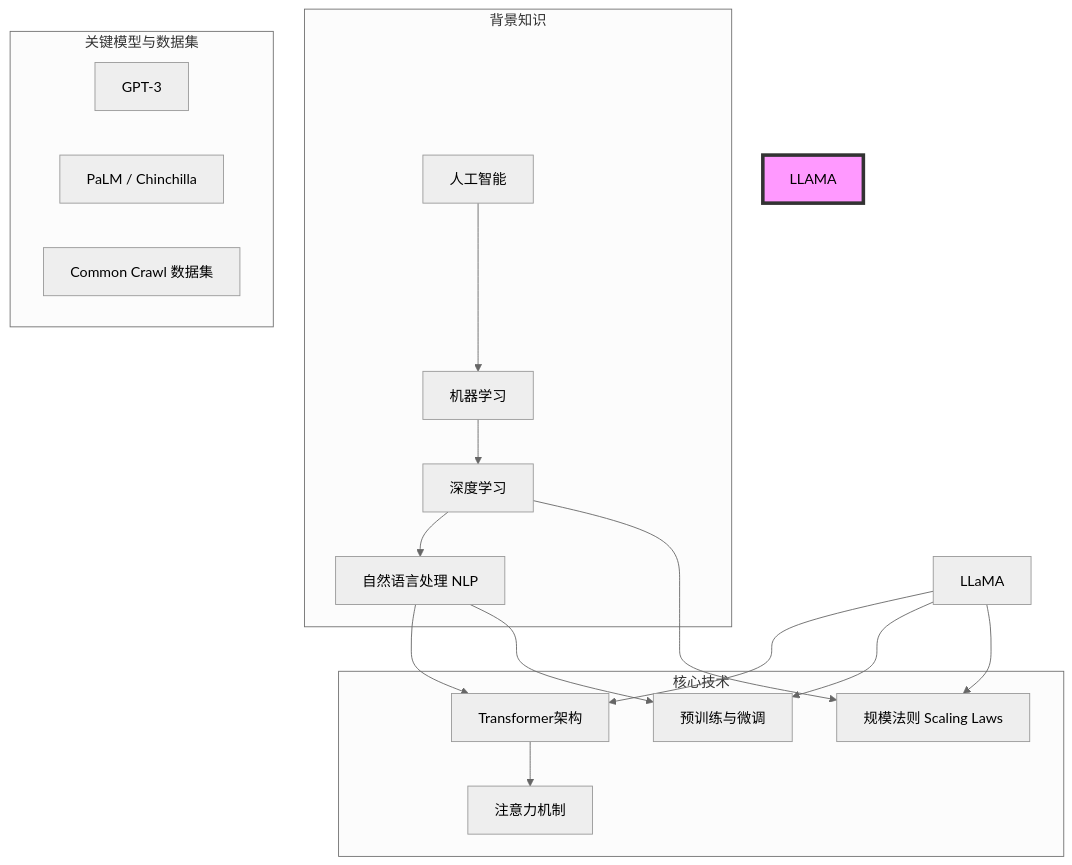
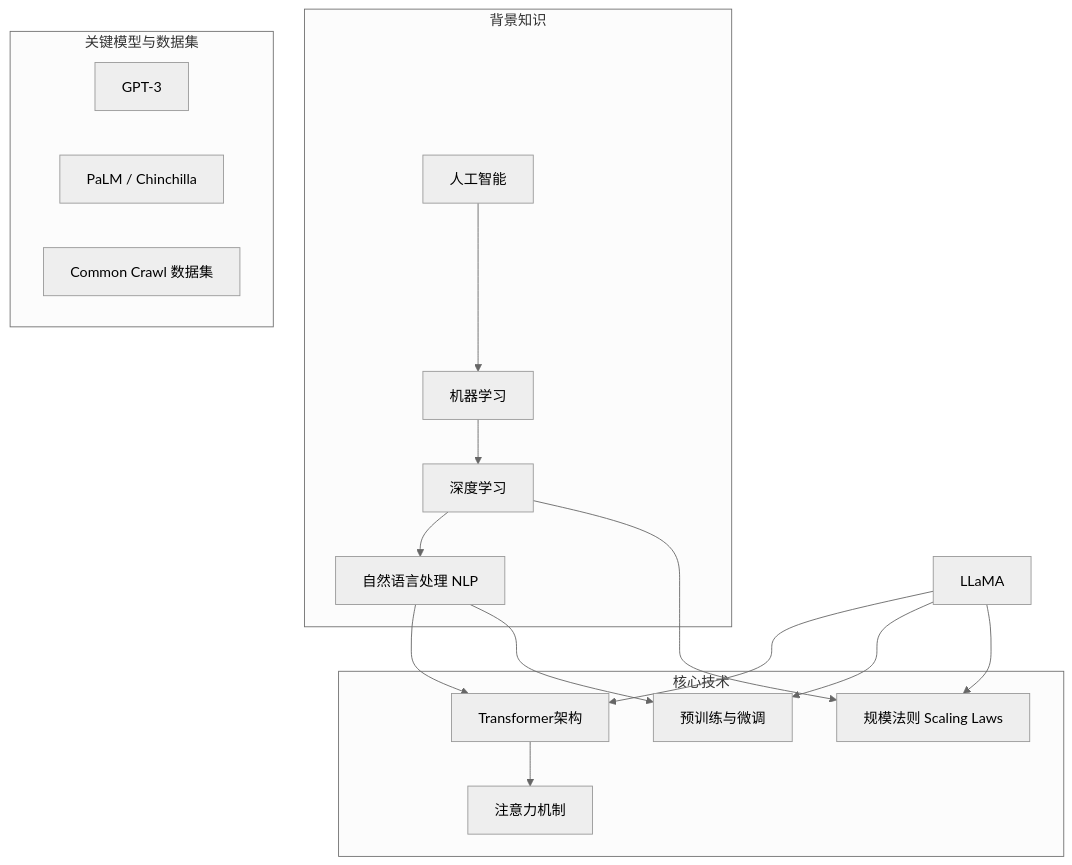
The second of 2 diagrams in 202506/20250612_03.md (digoal/blog), drawn with Mermaid (neutral theme) before and after one commit.

````diff
--- a/202506/20250612_03.md
+++ b/202506/20250612_03.md
@@ -94,32 +94,30 @@
 ```mermaid
 graph TD
     subgraph 背景知识
         A[人工智能] --> B[机器学习]
         B --> C[深度学习]
         C --> D[自然语言处理 NLP]
     end
 
     subgraph 核心技术
         E[Transformer架构]
         F[注意力机制]
         G[预训练与微调]
         H[规模法则 Scaling Laws]
     end
 
     subgraph 关键模型与数据集
         I[GPT-3]
         J[PaLM / Chinchilla]
         K[Common Crawl 数据集]
     end
 
     D --> E
     E --> F
     D --> G
     C --> H
 
     LLaMA --> E
     LLaMA --> G
     LLaMA --> H
-
-    style LLAMA fill:#f9f,stroke:#333,stroke-width:4px
 ```
````
